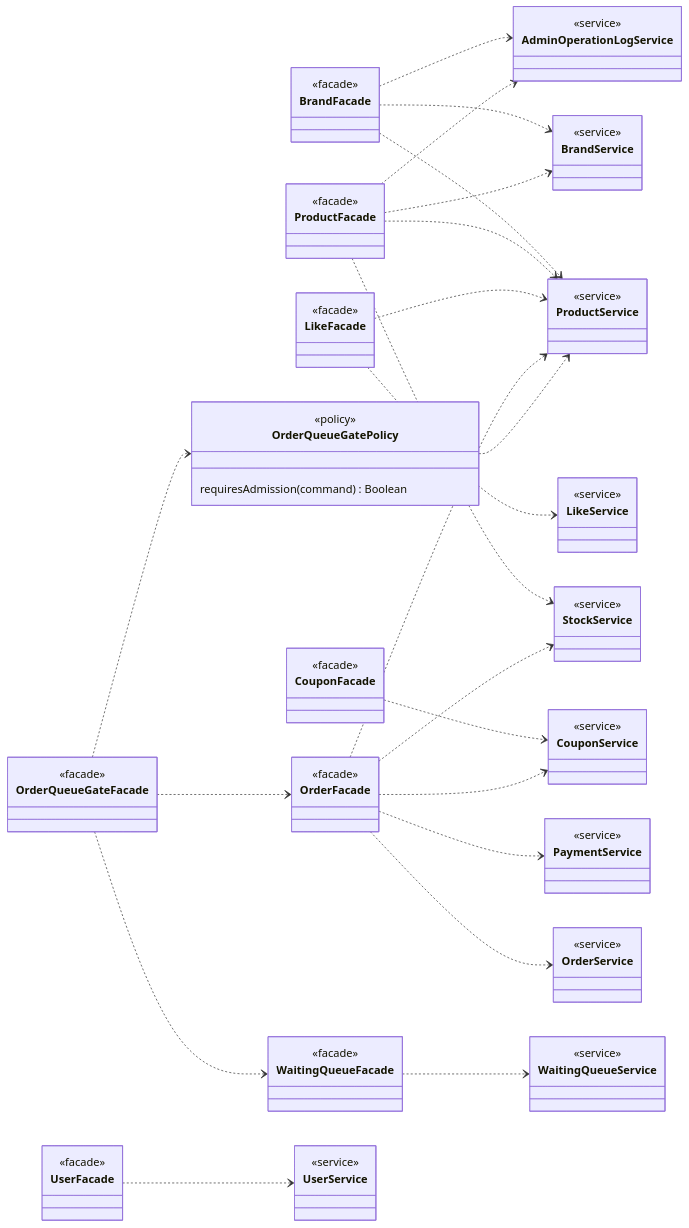
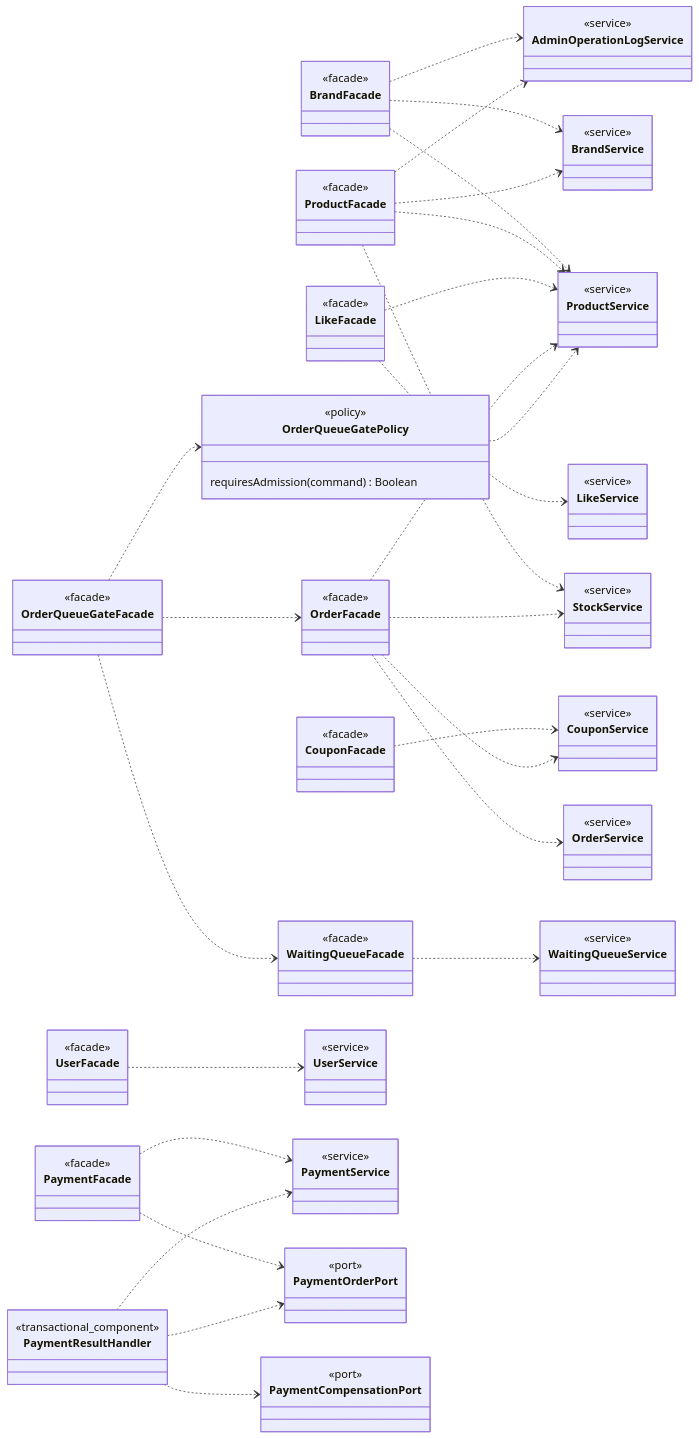
Before and after one commit to loopers-labs/loop-pack-be-l2-vol4-kotlin: the tenth of 11 diagrams in docs/design/03-class-diagram.md, drawn with Mermaid. The commit also changed other lines of this file and 3 other files, not shown here.

```diff
--- a/docs/design/03-class-diagram.md
+++ b/docs/design/03-class-diagram.md
@@ -1156,6 +1429,12 @@
     }
     class OrderQueueGateFacade {
         <<facade>>
+    }
+    class PaymentFacade {
+        <<facade>>
+    }
+    class PaymentResultHandler {
+        <<transactional_component>>
     }
     class OrderQueueGatePolicy {
         <<policy>>
@@ -1192,6 +1471,12 @@
     class PaymentService {
         <<service>>
     }
+    class PaymentOrderPort {
+        <<port>>
+    }
+    class PaymentCompensationPort {
+        <<port>>
+    }
     class WaitingQueueService {
         <<service>>
     }
@@ -1211,7 +1496,11 @@
     OrderFacade ..> ProductService
     OrderFacade ..> StockService
     OrderFacade ..> CouponService
-    OrderFacade ..> PaymentService
+    PaymentFacade ..> PaymentService
+    PaymentFacade ..> PaymentOrderPort
+    PaymentResultHandler ..> PaymentService
+    PaymentResultHandler ..> PaymentOrderPort
+    PaymentResultHandler ..> PaymentCompensationPort
     OrderQueueGateFacade ..> WaitingQueueFacade
     OrderQueueGateFacade ..> OrderFacade
     OrderQueueGateFacade ..> OrderQueueGatePolicy
```
